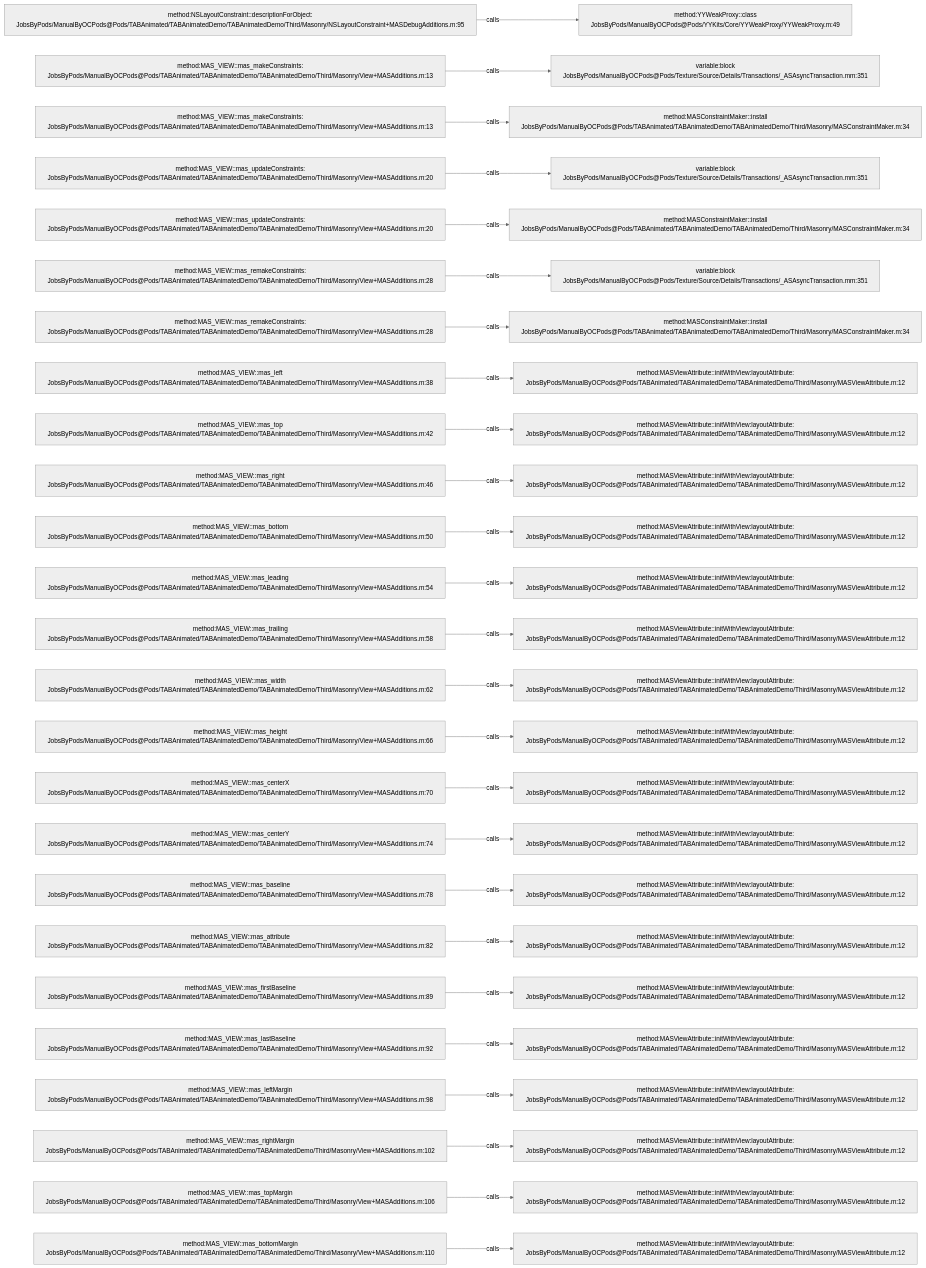
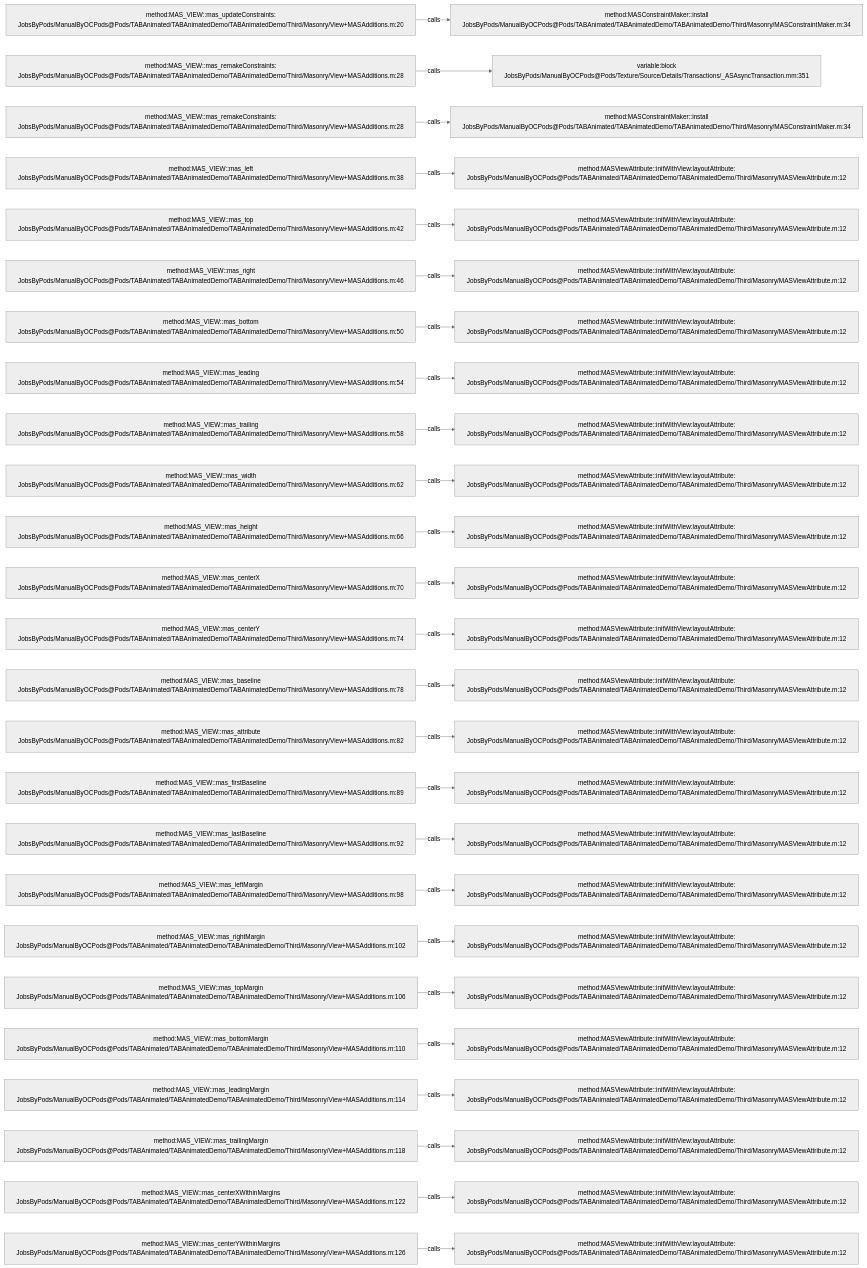
Before and after one commit to JobsKits/JobsOCBaseConfigDemo: the diagram in .codegraph/codegraph.md/graphs/calls-044.md, drawn with Mermaid (neutral theme). The commit also changed 727 other files, not shown here.

````diff
--- a/.codegraph/codegraph.md/graphs/calls-044.md
+++ b/.codegraph/codegraph.md/graphs/calls-044.md
@@ -13,78 +13,78 @@
 ```mermaid
 flowchart LR
-  S1["method:NSLayoutConstraint::descriptionForObject:<br/>JobsByPods/ManualByOCPods@Pods/TABAnimated/TABAnimatedDemo/TABAnimatedDemo/Third/Masonry/NSLayoutConstraint+MASDebugAdditions.m:95"]
-  T1["method:YYWeakProxy::class<br/>JobsByPods/ManualByOCPods@Pods/YYKits/Core/YYWeakProxy/YYWeakProxy.m:49"]
+  S1["method:MAS_VIEW::mas_updateConstraints:<br/>JobsByPods/ManualByOCPods@Pods/TABAnimated/TABAnimatedDemo/TABAnimatedDemo/Third/Masonry/View+MASAdditions.m:20"]
+  T1["method:MASConstraintMaker::install<br/>JobsByPods/ManualByOCPods@Pods/TABAnimated/TABAnimatedDemo/TABAnimatedDemo/Third/Masonry/MASConstraintMaker.m:34"]
   S1 -->|calls| T1
-  S2["method:MAS_VIEW::mas_makeConstraints:<br/>JobsByPods/ManualByOCPods@Pods/TABAnimated/TABAnimatedDemo/TABAnimatedDemo/Third/Masonry/View+MASAdditions.m:13"]
+  S2["method:MAS_VIEW::mas_remakeConstraints:<br/>JobsByPods/ManualByOCPods@Pods/TABAnimated/TABAnimatedDemo/TABAnimatedDemo/Third/Masonry/View+MASAdditions.m:28"]
   T2["variable:block<br/>JobsByPods/ManualByOCPods@Pods/Texture/Source/Details/Transactions/_ASAsyncTransaction.mm:351"]
   S2 -->|calls| T2
-  S3["method:MAS_VIEW::mas_makeConstraints:<br/>JobsByPods/ManualByOCPods@Pods/TABAnimated/TABAnimatedDemo/TABAnimatedDemo/Third/Masonry/View+MASAdditions.m:13"]
+  S3["method:MAS_VIEW::mas_remakeConstraints:<br/>JobsByPods/ManualByOCPods@Pods/TABAnimated/TABAnimatedDemo/TABAnimatedDemo/Third/Masonry/View+MASAdditions.m:28"]
   T3["method:MASConstraintMaker::install<br/>JobsByPods/ManualByOCPods@Pods/TABAnimated/TABAnimatedDemo/TABAnimatedDemo/Third/Masonry/MASConstraintMaker.m:34"]
   S3 -->|calls| T3
-  S4["method:MAS_VIEW::mas_updateConstraints:<br/>JobsByPods/ManualByOCPods@Pods/TABAnimated/TABAnimatedDemo/TABAnimatedDemo/Third/Masonry/View+MASAdditions.m:20"]
-  T4["variable:block<br/>JobsByPods/ManualByOCPods@Pods/Texture/Source/Details/Transactions/_ASAsyncTransaction.mm:351"]
+  S4["method:MAS_VIEW::mas_left<br/>JobsByPods/ManualByOCPods@Pods/TABAnimated/TABAnimatedDemo/TABAnimatedDemo/Third/Masonry/View+MASAdditions.m:38"]
+  T4["method:MASViewAttribute::initWithView:layoutAttribute:<br/>JobsByPods/ManualByOCPods@Pods/TABAnimated/TABAnimatedDemo/TABAnimatedDemo/Third/Masonry/MASViewAttribute.m:12"]
   S4 -->|calls| T4
-  S5["method:MAS_VIEW::mas_updateConstraints:<br/>JobsByPods/ManualByOCPods@Pods/TABAnimated/TABAnimatedDemo/TABAnimatedDemo/Third/Masonry/View+MASAdditions.m:20"]
-  T5["method:MASConstraintMaker::install<br/>JobsByPods/ManualByOCPods@Pods/TABAnimated/TABAnimatedDemo/TABAnimatedDemo/Third/Masonry/MASConstraintMaker.m:34"]
+  S5["method:MAS_VIEW::mas_top<br/>JobsByPods/ManualByOCPods@Pods/TABAnimated/TABAnimatedDemo/TABAnimatedDemo/Third/Masonry/View+MASAdditions.m:42"]
+  T5["method:MASViewAttribute::initWithView:layoutAttribute:<br/>JobsByPods/ManualByOCPods@Pods/TABAnimated/TABAnimatedDemo/TABAnimatedDemo/Third/Masonry/MASViewAttribute.m:12"]
   S5 -->|calls| T5
-  S6["method:MAS_VIEW::mas_remakeConstraints:<br/>JobsByPods/ManualByOCPods@Pods/TABAnimated/TABAnimatedDemo/TABAnimatedDemo/Third/Masonry/View+MASAdditions.m:28"]
-  T6["variable:block<br/>JobsByPods/ManualByOCPods@Pods/Texture/Source/Details/Transactions/_ASAsyncTransaction.mm:351"]
+  S6["method:MAS_VIEW::mas_right<br/>JobsByPods/ManualByOCPods@Pods/TABAnimated/TABAnimatedDemo/TABAnimatedDemo/Third/Masonry/View+MASAdditions.m:46"]
+  T6["method:MASViewAttribute::initWithView:layoutAttribute:<br/>JobsByPods/ManualByOCPods@Pods/TABAnimated/TABAnimatedDemo/TABAnimatedDemo/Third/Masonry/MASViewAttribute.m:12"]
   S6 -->|calls| T6
-  S7["method:MAS_VIEW::mas_remakeConstraints:<br/>JobsByPods/ManualByOCPods@Pods/TABAnimated/TABAnimatedDemo/TABAnimatedDemo/Third/Masonry/View+MASAdditions.m:28"]
-  T7["method:MASConstraintMaker::install<br/>JobsByPods/ManualByOCPods@Pods/TABAnimated/TABAnimatedDemo/TABAnimatedDemo/Third/Masonry/MASConstraintMaker.m:34"]
+  S7["method:MAS_VIEW::mas_bottom<br/>JobsByPods/ManualByOCPods@Pods/TABAnimated/TABAnimatedDemo/TABAnimatedDemo/Third/Masonry/View+MASAdditions.m:50"]
+  T7["method:MASViewAttribute::initWithView:layoutAttribute:<br/>JobsByPods/ManualByOCPods@Pods/TABAnimated/TABAnimatedDemo/TABAnimatedDemo/Third/Masonry/MASViewAttribute.m:12"]
   S7 -->|calls| T7
-  S8["method:MAS_VIEW::mas_left<br/>JobsByPods/ManualByOCPods@Pods/TABAnimated/TABAnimatedDemo/TABAnimatedDemo/Third/Masonry/View+MASAdditions.m:38"]
+  S8["method:MAS_VIEW::mas_leading<br/>JobsByPods/ManualByOCPods@Pods/TABAnimated/TABAnimatedDemo/TABAnimatedDemo/Third/Masonry/View+MASAdditions.m:54"]
   T8["method:MASViewAttribute::initWithView:layoutAttribute:<br/>JobsByPods/ManualByOCPods@Pods/TABAnimated/TABAnimatedDemo/TABAnimatedDemo/Third/Masonry/MASViewAttribute.m:12"]
   S8 -->|calls| T8
-  S9["method:MAS_VIEW::mas_top<br/>JobsByPods/ManualByOCPods@Pods/TABAnimated/TABAnimatedDemo/TABAnimatedDemo/Third/Masonry/View+MASAdditions.m:42"]
+  S9["method:MAS_VIEW::mas_trailing<br/>JobsByPods/ManualByOCPods@Pods/TABAnimated/TABAnimatedDemo/TABAnimatedDemo/Third/Masonry/View+MASAdditions.m:58"]
   T9["method:MASViewAttribute::initWithView:layoutAttribute:<br/>JobsByPods/ManualByOCPods@Pods/TABAnimated/TABAnimatedDemo/TABAnimatedDemo/Third/Masonry/MASViewAttribute.m:12"]
   S9 -->|calls| T9
-  S10["method:MAS_VIEW::mas_right<br/>JobsByPods/ManualByOCPods@Pods/TABAnimated/TABAnimatedDemo/TABAnimatedDemo/Third/Masonry/View+MASAdditions.m:46"]
+  S10["method:MAS_VIEW::mas_width<br/>JobsByPods/ManualByOCPods@Pods/TABAnimated/TABAnimatedDemo/TABAnimatedDemo/Third/Masonry/View+MASAdditions.m:62"]
   T10["method:MASViewAttribute::initWithView:layoutAttribute:<br/>JobsByPods/ManualByOCPods@Pods/TABAnimated/TABAnimatedDemo/TABAnimatedDemo/Third/Masonry/MASViewAttribute.m:12"]
   S10 -->|calls| T10
-  S11["method:MAS_VIEW::mas_bottom<br/>JobsByPods/ManualByOCPods@Pods/TABAnimated/TABAnimatedDemo/TABAnimatedDemo/Third/Masonry/View+MASAdditions.m:50"]
+  S11["method:MAS_VIEW::mas_height<br/>JobsByPods/ManualByOCPods@Pods/TABAnimated/TABAnimatedDemo/TABAnimatedDemo/Third/Masonry/View+MASAdditions.m:66"]
   T11["method:MASViewAttribute::initWithView:layoutAttribute:<br/>JobsByPods/ManualByOCPods@Pods/TABAnimated/TABAnimatedDemo/TABAnimatedDemo/Third/Masonry/MASViewAttribute.m:12"]
   S11 -->|calls| T11
-  S12["method:MAS_VIEW::mas_leading<br/>JobsByPods/ManualByOCPods@Pods/TABAnimated/TABAnimatedDemo/TABAnimatedDemo/Third/Masonry/View+MASAdditions.m:54"]
+  S12["method:MAS_VIEW::mas_centerX<br/>JobsByPods/ManualByOCPods@Pods/TABAnimated/TABAnimatedDemo/TABAnimatedDemo/Third/Masonry/View+MASAdditions.m:70"]
   T12["method:MASViewAttribute::initWithView:layoutAttribute:<br/>JobsByPods/ManualByOCPods@Pods/TABAnimated/TABAnimatedDemo/TABAnimatedDemo/Third/Masonry/MASViewAttribute.m:12"]
   S12 -->|calls| T12
-  S13["method:MAS_VIEW::mas_trailing<br/>JobsByPods/ManualByOCPods@Pods/TABAnimated/TABAnimatedDemo/TABAnimatedDemo/Third/Masonry/View+MASAdditions.m:58"]
+  S13["method:MAS_VIEW::mas_centerY<br/>JobsByPods/ManualByOCPods@Pods/TABAnimated/TABAnimatedDemo/TABAnimatedDemo/Third/Masonry/View+MASAdditions.m:74"]
   T13["method:MASViewAttribute::initWithView:layoutAttribute:<br/>JobsByPods/ManualByOCPods@Pods/TABAnimated/TABAnimatedDemo/TABAnimatedDemo/Third/Masonry/MASViewAttribute.m:12"]
   S13 -->|calls| T13
-  S14["method:MAS_VIEW::mas_width<br/>JobsByPods/ManualByOCPods@Pods/TABAnimated/TABAnimatedDemo/TABAnimatedDemo/Third/Masonry/View+MASAdditions.m:62"]
+  S14["method:MAS_VIEW::mas_baseline<br/>JobsByPods/ManualByOCPods@Pods/TABAnimated/TABAnimatedDemo/TABAnimatedDemo/Third/Masonry/View+MASAdditions.m:78"]
   T14["method:MASViewAttribute::initWithView:layoutAttribute:<br/>JobsByPods/ManualByOCPods@Pods/TABAnimated/TABAnimatedDemo/TABAnimatedDemo/Third/Masonry/MASViewAttribute.m:12"]
   S14 -->|calls| T14
-  S15["method:MAS_VIEW::mas_height<br/>JobsByPods/ManualByOCPods@Pods/TABAnimated/TABAnimatedDemo/TABAnimatedDemo/Third/Masonry/View+MASAdditions.m:66"]
+  S15["method:MAS_VIEW::mas_attribute<br/>JobsByPods/ManualByOCPods@Pods/TABAnimated/TABAnimatedDemo/TABAnimatedDemo/Third/Masonry/View+MASAdditions.m:82"]
   T15["method:MASViewAttribute::initWithView:layoutAttribute:<br/>JobsByPods/ManualByOCPods@Pods/TABAnimated/TABAnimatedDemo/TABAnimatedDemo/Third/Masonry/MASViewAttribute.m:12"]
   S15 -->|calls| T15
-  S16["method:MAS_VIEW::mas_centerX<br/>JobsByPods/ManualByOCPods@Pods/TABAnimated/TABAnimatedDemo/TABAnimatedDemo/Third/Masonry/View+MASAdditions.m:70"]
+  S16["method:MAS_VIEW::mas_firstBaseline<br/>JobsByPods/ManualByOCPods@Pods/TABAnimated/TABAnimatedDemo/TABAnimatedDemo/Third/Masonry/View+MASAdditions.m:89"]
   T16["method:MASViewAttribute::initWithView:layoutAttribute:<br/>JobsByPods/ManualByOCPods@Pods/TABAnimated/TABAnimatedDemo/TABAnimatedDemo/Third/Masonry/MASViewAttribute.m:12"]
   S16 -->|calls| T16
-  S17["method:MAS_VIEW::mas_centerY<br/>JobsByPods/ManualByOCPods@Pods/TABAnimated/TABAnimatedDemo/TABAnimatedDemo/Third/Masonry/View+MASAdditions.m:74"]
+  S17["method:MAS_VIEW::mas_lastBaseline<br/>JobsByPods/ManualByOCPods@Pods/TABAnimated/TABAnimatedDemo/TABAnimatedDemo/Third/Masonry/View+MASAdditions.m:92"]
   T17["method:MASViewAttribute::initWithView:layoutAttribute:<br/>JobsByPods/ManualByOCPods@Pods/TABAnimated/TABAnimatedDemo/TABAnimatedDemo/Third/Masonry/MASViewAttribute.m:12"]
   S17 -->|calls| T17
-  S18["method:MAS_VIEW::mas_baseline<br/>JobsByPods/ManualByOCPods@Pods/TABAnimated/TABAnimatedDemo/TABAnimatedDemo/Third/Masonry/View+MASAdditions.m:78"]
+  S18["method:MAS_VIEW::mas_leftMargin<br/>JobsByPods/ManualByOCPods@Pods/TABAnimated/TABAnimatedDemo/TABAnimatedDemo/Third/Masonry/View+MASAdditions.m:98"]
   T18["method:MASViewAttribute::initWithView:layoutAttribute:<br/>JobsByPods/ManualByOCPods@Pods/TABAnimated/TABAnimatedDemo/TABAnimatedDemo/Third/Masonry/MASViewAttribute.m:12"]
   S18 -->|calls| T18
-  S19["method:MAS_VIEW::mas_attribute<br/>JobsByPods/ManualByOCPods@Pods/TABAnimated/TABAnimatedDemo/TABAnimatedDemo/Third/Masonry/View+MASAdditions.m:82"]
+  S19["method:MAS_VIEW::mas_rightMargin<br/>JobsByPods/ManualByOCPods@Pods/TABAnimated/TABAnimatedDemo/TABAnimatedDemo/Third/Masonry/View+MASAdditions.m:102"]
   T19["method:MASViewAttribute::initWithView:layoutAttribute:<br/>JobsByPods/ManualByOCPods@Pods/TABAnimated/TABAnimatedDemo/TABAnimatedDemo/Third/Masonry/MASViewAttribute.m:12"]
   S19 -->|calls| T19
-  S20["method:MAS_VIEW::mas_firstBaseline<br/>JobsByPods/ManualByOCPods@Pods/TABAnimated/TABAnimatedDemo/TABAnimatedDemo/Third/Masonry/View+MASAdditions.m:89"]
+  S20["method:MAS_VIEW::mas_topMargin<br/>JobsByPods/ManualByOCPods@Pods/TABAnimated/TABAnimatedDemo/TABAnimatedDemo/Third/Masonry/View+MASAdditions.m:106"]
   T20["method:MASViewAttribute::initWithView:layoutAttribute:<br/>JobsByPods/ManualByOCPods@Pods/TABAnimated/TABAnimatedDemo/TABAnimatedDemo/Third/Masonry/MASViewAttribute.m:12"]
   S20 -->|calls| T20
-  S21["method:MAS_VIEW::mas_lastBaseline<br/>JobsByPods/ManualByOCPods@Pods/TABAnimated/TABAnimatedDemo/TABAnimatedDemo/Third/Masonry/View+MASAdditions.m:92"]
+  S21["method:MAS_VIEW::mas_bottomMargin<br/>JobsByPods/ManualByOCPods@Pods/TABAnimated/TABAnimatedDemo/TABAnimatedDemo/Third/Masonry/View+MASAdditions.m:110"]
   T21["method:MASViewAttribute::initWithView:layoutAttribute:<br/>JobsByPods/ManualByOCPods@Pods/TABAnimated/TABAnimatedDemo/TABAnimatedDemo/Third/Masonry/MASViewAttribute.m:12"]
   S21 -->|calls| T21
-  S22["method:MAS_VIEW::mas_leftMargin<br/>JobsByPods/ManualByOCPods@Pods/TABAnimated/TABAnimatedDemo/TABAnimatedDemo/Third/Masonry/View+MASAdditions.m:98"]
+  S22["method:MAS_VIEW::mas_leadingMargin<br/>JobsByPods/ManualByOCPods@Pods/TABAnimated/TABAnimatedDemo/TABAnimatedDemo/Third/Masonry/View+MASAdditions.m:114"]
   T22["method:MASViewAttribute::initWithView:layoutAttribute:<br/>JobsByPods/ManualByOCPods@Pods/TABAnimated/TABAnimatedDemo/TABAnimatedDemo/Third/Masonry/MASViewAttribute.m:12"]
   S22 -->|calls| T22
-  S23["method:MAS_VIEW::mas_rightMargin<br/>JobsByPods/ManualByOCPods@Pods/TABAnimated/TABAnimatedDemo/TABAnimatedDemo/Third/Masonry/View+MASAdditions.m:102"]
+  S23["method:MAS_VIEW::mas_trailingMargin<br/>JobsByPods/ManualByOCPods@Pods/TABAnimated/TABAnimatedDemo/TABAnimatedDemo/Third/Masonry/View+MASAdditions.m:118"]
   T23["method:MASViewAttribute::initWithView:layoutAttribute:<br/>JobsByPods/ManualByOCPods@Pods/TABAnimated/TABAnimatedDemo/TABAnimatedDemo/Third/Masonry/MASViewAttribute.m:12"]
   S23 -->|calls| T23
-  S24["method:MAS_VIEW::mas_topMargin<br/>JobsByPods/ManualByOCPods@Pods/TABAnimated/TABAnimatedDemo/TABAnimatedDemo/Third/Masonry/View+MASAdditions.m:106"]
+  S24["method:MAS_VIEW::mas_centerXWithinMargins<br/>JobsByPods/ManualByOCPods@Pods/TABAnimated/TABAnimatedDemo/TABAnimatedDemo/Third/Masonry/View+MASAdditions.m:122"]
   T24["method:MASViewAttribute::initWithView:layoutAttribute:<br/>JobsByPods/ManualByOCPods@Pods/TABAnimated/TABAnimatedDemo/TABAnimatedDemo/Third/Masonry/MASViewAttribute.m:12"]
   S24 -->|calls| T24
-  S25["method:MAS_VIEW::mas_bottomMargin<br/>JobsByPods/ManualByOCPods@Pods/TABAnimated/TABAnimatedDemo/TABAnimatedDemo/Third/Masonry/View+MASAdditions.m:110"]
+  S25["method:MAS_VIEW::mas_centerYWithinMargins<br/>JobsByPods/ManualByOCPods@Pods/TABAnimated/TABAnimatedDemo/TABAnimatedDemo/Third/Masonry/View+MASAdditions.m:126"]
   T25["method:MASViewAttribute::initWithView:layoutAttribute:<br/>JobsByPods/ManualByOCPods@Pods/TABAnimated/TABAnimatedDemo/TABAnimatedDemo/Third/Masonry/MASViewAttribute.m:12"]
   S25 -->|calls| T25
 ```
````
